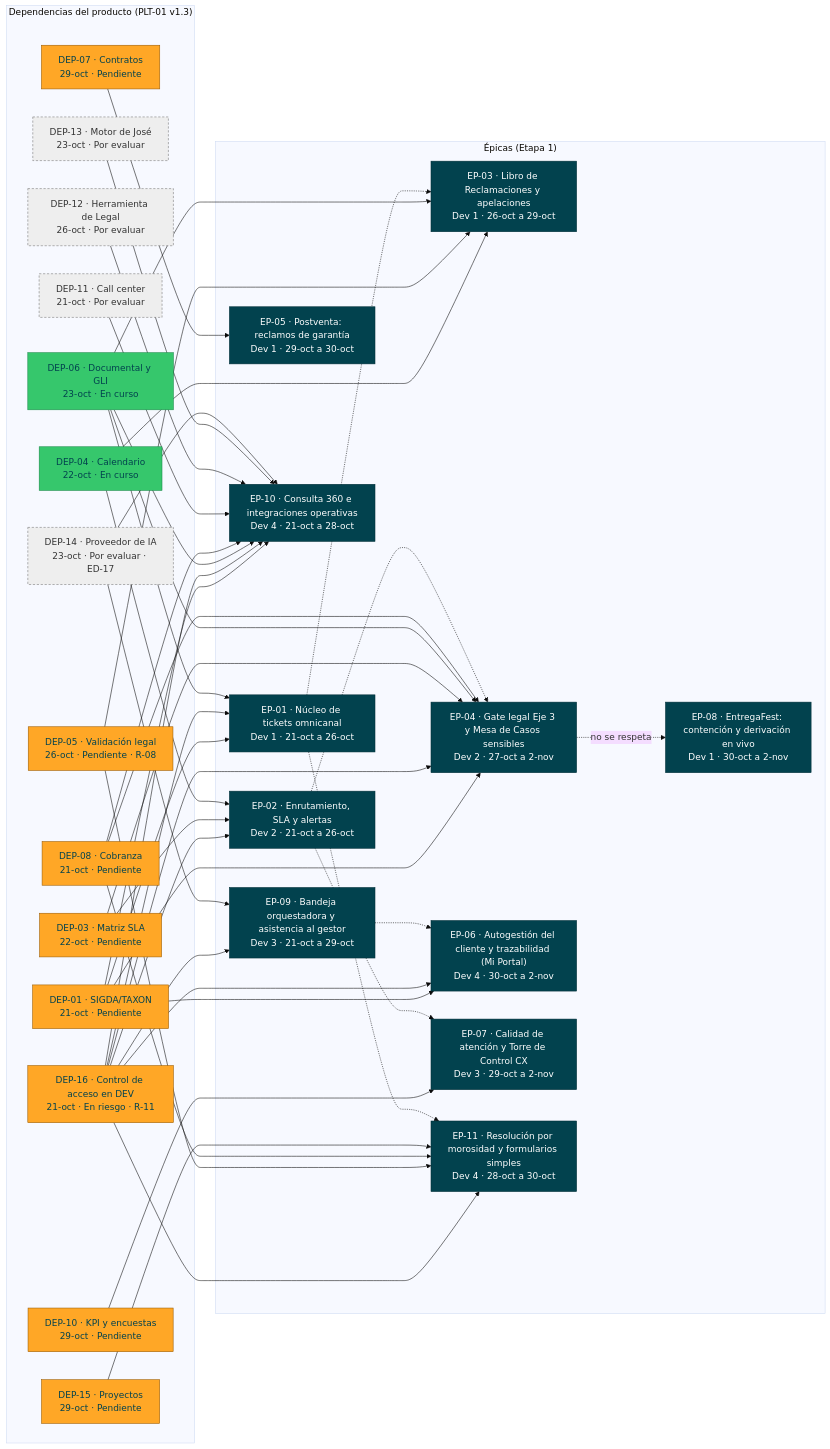
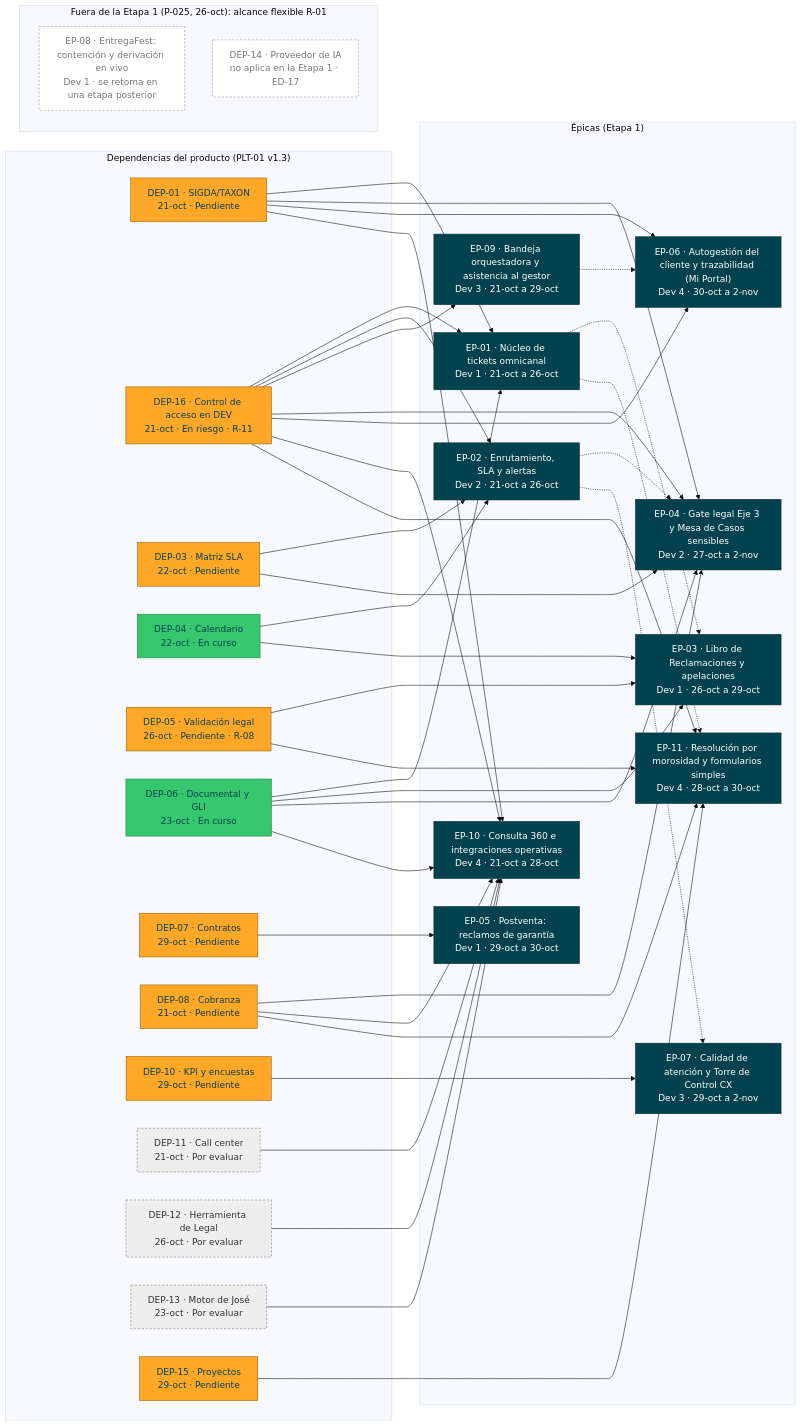
Before and after one commit to michel-poma-huachihuaco/tyc-mockup: the diagram in propuesta-po/documentacion/paquete-definir-etapa1-v1.3/roadmap/RMP-001-roadmap-aybar-atiende.md, drawn with Mermaid (base theme). The commit also changed other lines of this file and 97 other files, not shown here.

````diff
--- a/propuesta-po/documentacion/paquete-definir-etapa1-v1.3/roadmap/RMP-001-roadmap-aybar-atiende.md
+++ b/propuesta-po/documentacion/paquete-definir-etapa1-v1.3/roadmap/RMP-001-roadmap-aybar-atiende.md
@@ -161,7 +165,6 @@
     DEP11["DEP-11 · Call center<br/>21-oct · Por evaluar"]
     DEP12["DEP-12 · Herramienta de Legal<br/>26-oct · Por evaluar"]
     DEP13["DEP-13 · Motor de José<br/>23-oct · Por evaluar"]
-    DEP14["DEP-14 · Proveedor de IA<br/>23-oct · Por evaluar · ED-17"]
     DEP15["DEP-15 · Proyectos<br/>29-oct · Pendiente"]
   end
   subgraph Epicas["Épicas (Etapa 1)"]
@@ -172,10 +175,13 @@
     EPATC05["EP-05 · Postventa: reclamos de garantía<br/>Dev 1 · 29-oct a 30-oct"]
     EPATC06["EP-06 · Autogestión del cliente y trazabilidad (Mi Portal)<br/>Dev 4 · 30-oct a 2-nov"]
     EPATC07["EP-07 · Calidad de atención y Torre de Control CX<br/>Dev 3 · 29-oct a 2-nov"]
-    EPATC08["EP-08 · EntregaFest: contención y derivación en vivo<br/>Dev 1 · 30-oct a 2-nov"]
     EPATC09["EP-09 · Bandeja orquestadora y asistencia al gestor<br/>Dev 3 · 21-oct a 29-oct"]
     EPATC10["EP-10 · Consulta 360 e integraciones operativas<br/>Dev 4 · 21-oct a 28-oct"]
     EPATC11["EP-11 · Resolución por morosidad y formularios simples<br/>Dev 4 · 28-oct a 30-oct"]
+  end
+  subgraph Fuera["Fuera de la Etapa 1 (P-025, 26-oct): alcance flexible R-01"]
+    EPATC08["EP-08 · EntregaFest: contención y derivación en vivo<br/>Dev 1 · se retoma en una etapa posterior"]
+    DEP14["DEP-14 · Proveedor de IA<br/>no aplica en la Etapa 1 · ED-17"]
   end
   DEP01 --> EPATC01
   DEP01 --> EPATC04
@@ -206,19 +212,17 @@
   DEP11 --> EPATC10
   DEP12 --> EPATC10
   DEP13 --> EPATC10
-  DEP14 --> EPATC09
-  DEP14 --> EPATC10
   DEP15 --> EPATC11
   EPATC01 -..-> EPATC03
   EPATC01 -..-> EPATC11
   EPATC02 -..-> EPATC04
   EPATC02 -..-> EPATC07
   EPATC09 -..-> EPATC06
-  EPATC04 -. no se respeta .-> EPATC08
   classDef pend fill:#FFA726,stroke:#9A5B00,color:#02424E
   classDef curso fill:#36C76C,stroke:#1B8A4A,color:#02424E
   classDef eval fill:#EEEEEE,stroke:#777,color:#333,stroke-dasharray:4 3
   classDef ep fill:#02424E,stroke:#012F38,color:#FFFFFF
+  classDef fuera fill:#FFFFFF,stroke:#999,color:#777,stroke-dasharray:4 3
   class DEP01 pend
   class DEP16 pend
   class DEP03 pend
@@ -231,7 +235,8 @@
   class DEP11 eval
   class DEP12 eval
   class DEP13 eval
-  class DEP14 eval
+  class DEP14 fuera
   class DEP15 pend
-  class EPATC01,EPATC02,EPATC03,EPATC04,EPATC05,EPATC06,EPATC07,EPATC08,EPATC09,EPATC10,EPATC11 ep
+  class EPATC01,EPATC02,EPATC03,EPATC04,EPATC05,EPATC06,EPATC07,EPATC09,EPATC10,EPATC11 ep
+  class EPATC08 fuera
 ```
````
